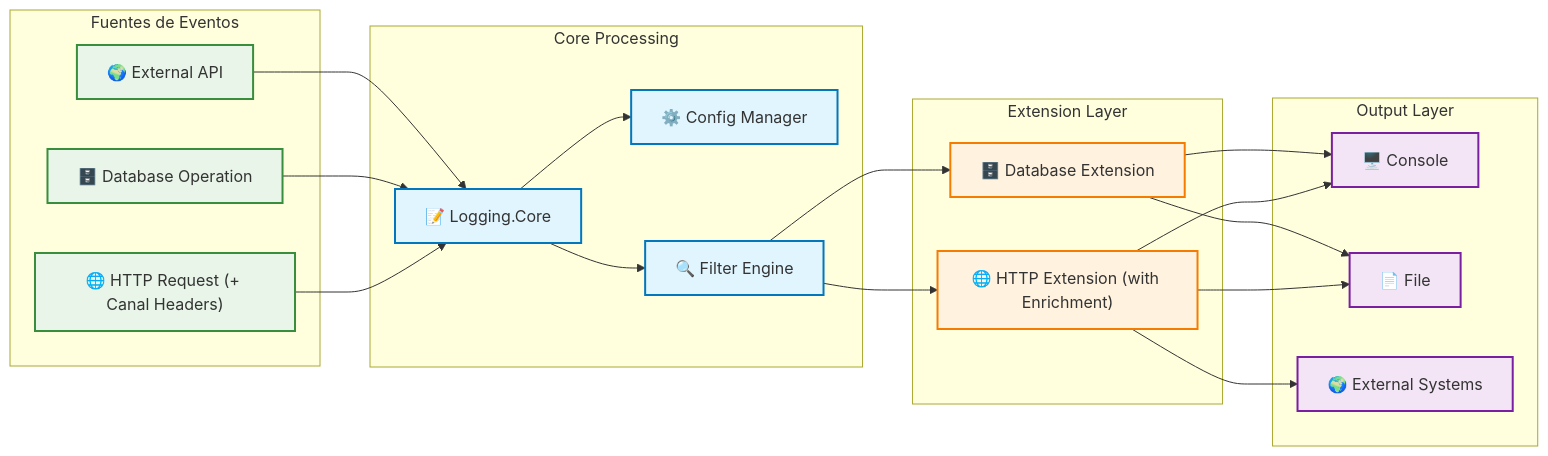
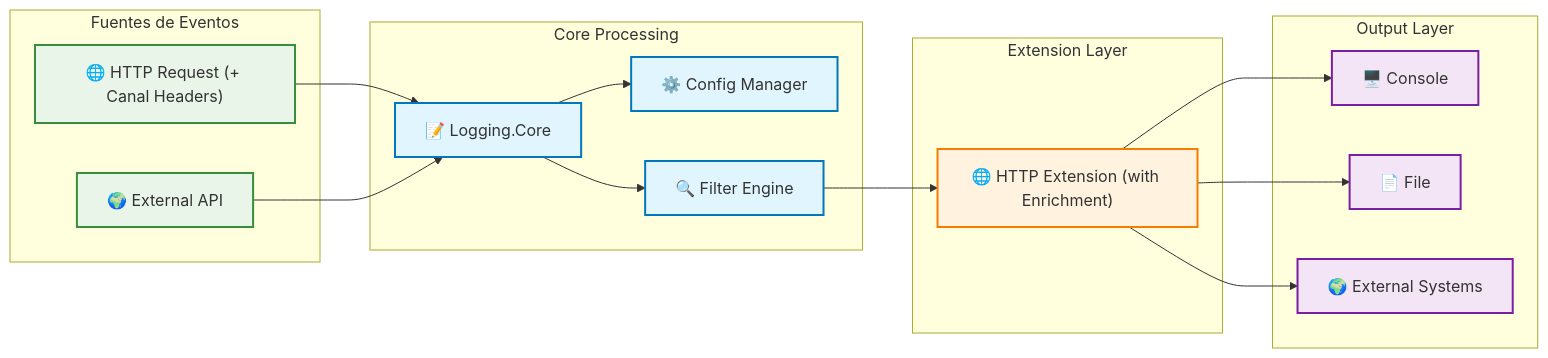
Before and after one commit to ercilli/Poc-Arquetipo: the second of 2 diagrams in docs/EXTENSION_GUIDE.md, drawn with Mermaid. The commit also changed other lines of this file and 2 other files, not shown here.

Commit message:
feat: Update architecture and extension guide to reflect Canal Enrichment Pattern implementation

````diff
--- a/docs/EXTENSION_GUIDE.md
+++ b/docs/EXTENSION_GUIDE.md
@@ -678,52 +687,45 @@
 ```mermaid
 graph LR
     subgraph "Fuentes de Eventos"
         HttpRequest["🌐 HTTP Request (+ Canal Headers)"]
-        DatabaseOp["🗄️ Database Operation"]
         ExternalAPI["🌍 External API"]
     end
 
     subgraph "Core Processing"
         LoggingCore["📝 Logging.Core"]
         ConfigManager["⚙️ Config Manager"]
         FilterEngine["🔍 Filter Engine"]
     end
 
     subgraph "Extension Layer"
         HttpExt["🌐 HTTP Extension (with Enrichment)"]
-        DatabaseExt["🗄️ Database Extension"]
     end
 
     subgraph "Output Layer"
         Console["🖥️ Console"]
         File["📄 File"]
         External["🌍 External Systems"]
     end
 
     HttpRequest --> LoggingCore
-    DatabaseOp --> LoggingCore
     ExternalAPI --> LoggingCore
 
     LoggingCore --> ConfigManager
     LoggingCore --> FilterEngine
 
     FilterEngine --> HttpExt
-    FilterEngine --> DatabaseExt
 
     HttpExt --> Console
     HttpExt --> File
     HttpExt --> External
-
-    DatabaseExt --> Console
-    DatabaseExt --> File
 
     classDef sourceClass fill:#e8f5e8,stroke:#388e3c,stroke-width:2px
     classDef coreClass fill:#e1f5fe,stroke:#0277bd,stroke-width:2px
     classDef extensionClass fill:#fff3e0,stroke:#f57c00,stroke-width:2px
     classDef outputClass fill:#f3e5f5,stroke:#7b1fa2,stroke-width:2px
 
-    class HttpRequest,DatabaseOp,ExternalAPI sourceClass
+    class HttpRequest,ExternalAPI sourceClass
     class LoggingCore,ConfigManager,FilterEngine coreClass
-    class HttpExt,DatabaseExt extensionClass
+    class HttpExt extensionClass
     class Console,File,External outputClass
 ```
````
